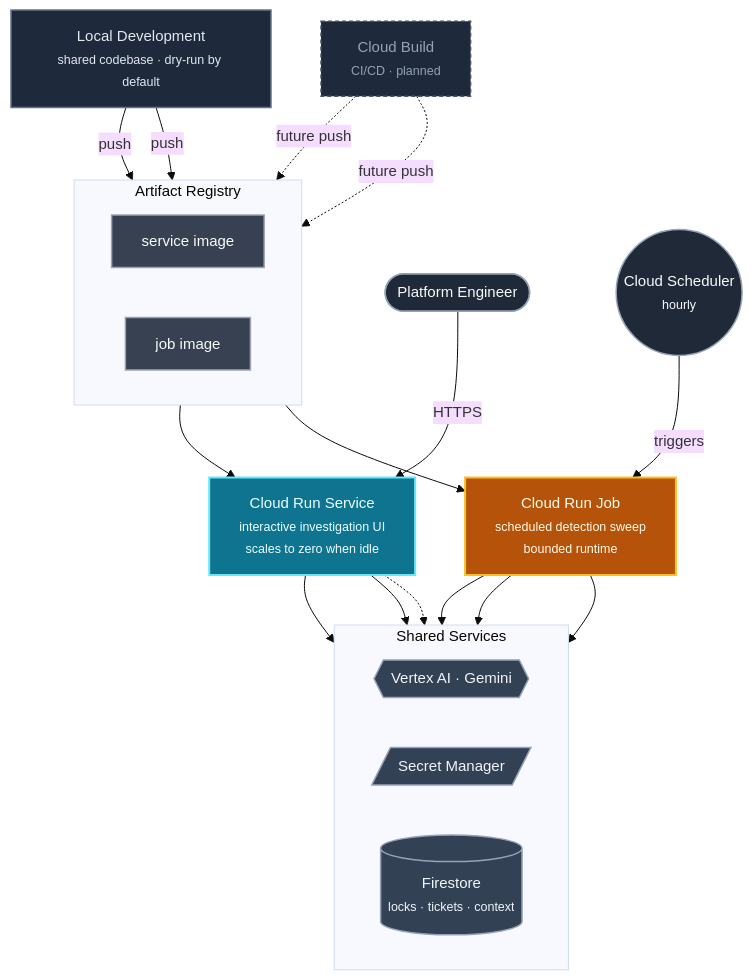
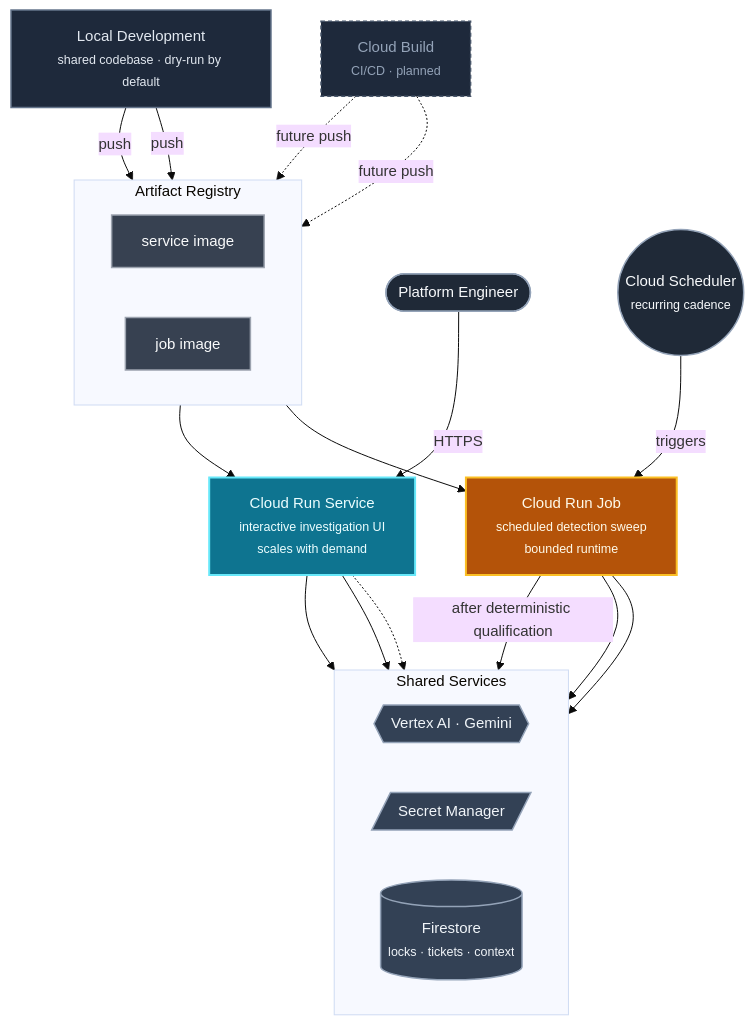
The fourth of 4 diagrams in case-studies/ai-observability-platform.md (kkumar-analytics/data-ai-architecture-decisions), drawn with Mermaid before and after one commit. The commit also changed other lines of this file and 9 other files, not shown here.

Commit message:
polish architecture portfolio for hiring review

````diff
--- a/case-studies/ai-observability-platform.md
+++ b/case-studies/ai-observability-platform.md
@@ -159,47 +160,47 @@
 ```mermaid
 %%{init: {"theme": "base", "themeVariables": {"fontSize": "15px"}}}%%
 flowchart TB
     classDef dev fill:#1e293b,stroke:#64748b,color:#e2e8f0,stroke-width:1.5px
     classDef ci fill:#374151,stroke:#9ca3af,color:#f9fafb,stroke-width:1.5px
     classDef planned fill:#1e293b,stroke:#475569,color:#94a3b8,stroke-width:1.5px,stroke-dasharray: 4 3
     classDef svc fill:#0e7490,stroke:#67e8f9,color:#ecfeff,stroke-width:2px
     classDef job fill:#b45309,stroke:#fbbf24,color:#fffbeb,stroke-width:2px
     classDef shared fill:#334155,stroke:#94a3b8,color:#f1f5f9,stroke-width:1.5px
     classDef actor fill:#1f2937,stroke:#94a3b8,color:#f8fafc,stroke-width:1.5px
 
     Dev["Local Development<br/><small>shared codebase · dry-run by default</small>"]:::dev
     CloudBuild["Cloud Build<br/><small>CI/CD · planned</small>"]:::planned
 
     subgraph Registry["Artifact Registry"]
         direction LR
         ImgSvc["service image"]:::ci
         ImgJob["job image"]:::ci
     end
     Dev -->|"push"| ImgSvc
     Dev -->|"push"| ImgJob
     CloudBuild -.->|"future push"| ImgSvc
     CloudBuild -.->|"future push"| ImgJob
 
     Engineer(["Platform Engineer"]):::actor
-    Sched(("Cloud Scheduler<br/><small>hourly</small>")):::actor
+    Sched(("Cloud Scheduler<br/><small>recurring cadence</small>")):::actor
 
-    ImgSvc --> Service["Cloud Run Service<br/><small>interactive investigation UI<br/>scales to zero when idle</small>"]:::svc
+    ImgSvc --> Service["Cloud Run Service<br/><small>interactive investigation UI<br/>scales with demand</small>"]:::svc
     ImgJob --> Job["Cloud Run Job<br/><small>scheduled detection sweep<br/>bounded runtime</small>"]:::job
 
     Engineer -->|"HTTPS"| Service
     Sched -->|"triggers"| Job
 
     subgraph Shared["Shared Services"]
         direction LR
         LLM{{"Vertex AI · Gemini"}}:::shared
         Secrets[/"Secret Manager"/]:::shared
         Docs[("Firestore<br/><small>locks · tickets · context</small>")]:::shared
     end
 
     Service --> LLM
-    Job --> LLM
+    Job -->|"after deterministic qualification"| LLM
     Service --> Secrets
     Job --> Secrets
     Job --> Docs
     Service -.-> Docs
 ```
````
